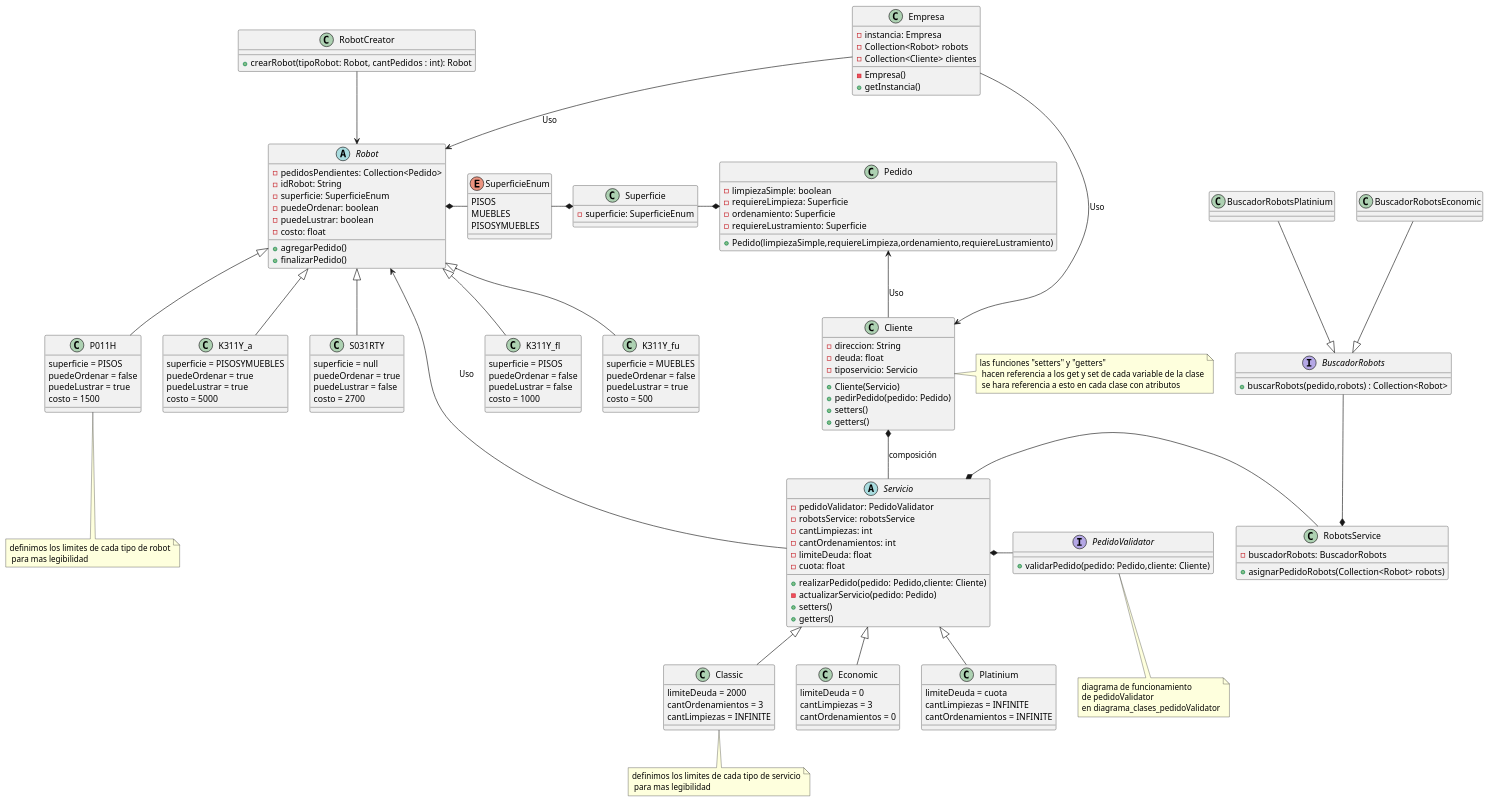
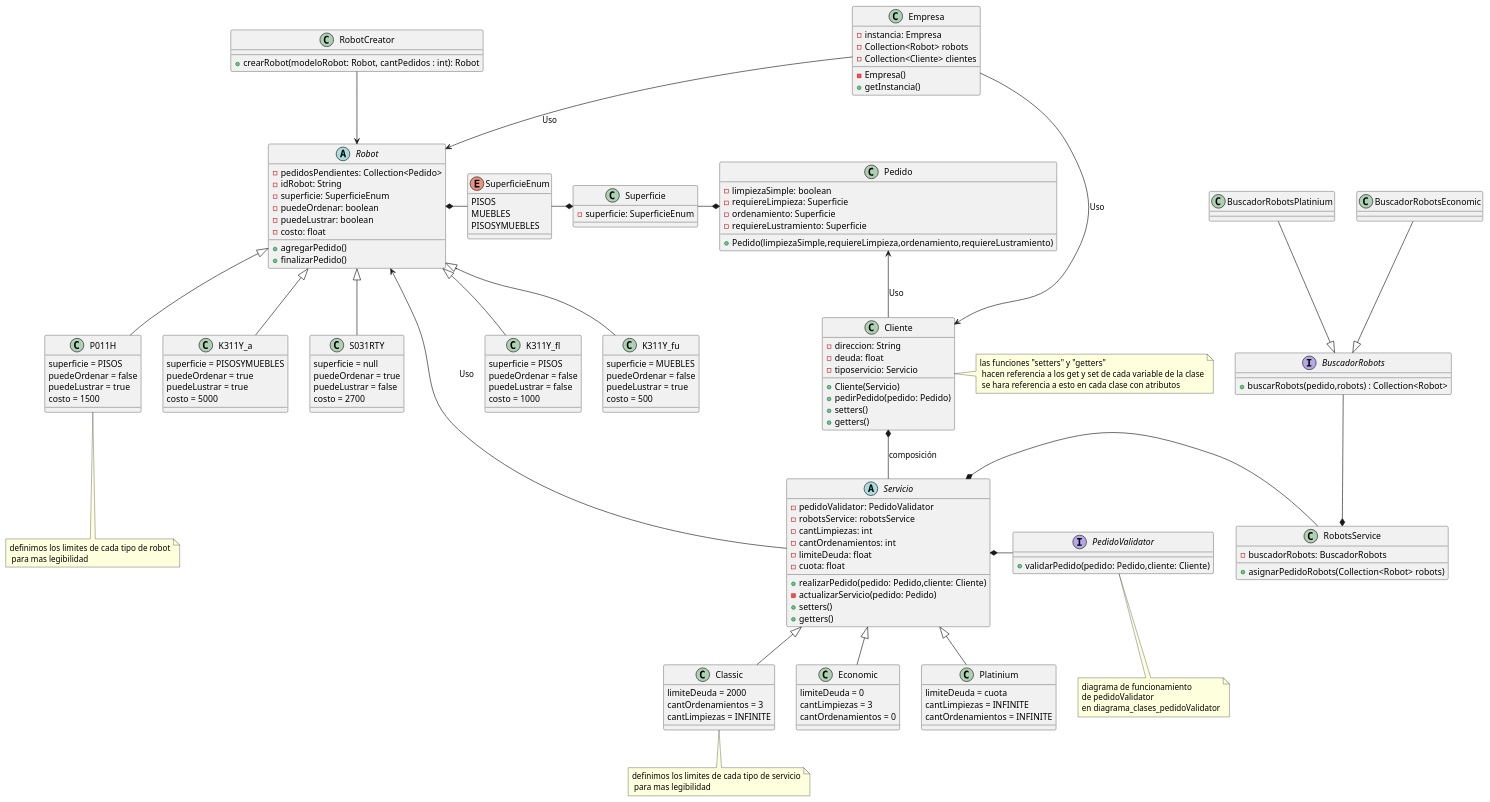
Before and after one commit to bacarvalho/TrabajoPractico: the diagram in src/main/java/com/grupo4/trabajo/Diagramas/diagrama_clases.puml, drawn with PlantUML. The commit also changed 2 other files, not shown here.

Commit message:
cambio de nombre en parametro de RobotCreator

```diff
--- a/src/main/java/com/grupo4/trabajo/Diagramas/diagrama_clases.puml
+++ b/src/main/java/com/grupo4/trabajo/Diagramas/diagrama_clases.puml
@@ -1,182 +1,182 @@
 @startuml
 'https://plantuml.com/class-diagram
 
 
 class Cliente{
 -direccion: String
 -deuda: float
 -tiposervicio: Servicio
 
 +Cliente(Servicio)
 +pedirPedido(pedido: Pedido)
 +setters()
 +getters()
 }
 
 class Empresa{
 -instancia: Empresa
 -Collection<Robot> robots
 -Collection<Cliente> clientes
 
 -Empresa()
 +getInstancia()
 }
 
 
 abstract class Servicio{
 - pedidoValidator: PedidoValidator
 - robotsService: robotsService
 - cantLimpiezas: int
 - cantOrdenamientos: int
 - limiteDeuda: float
 -cuota: float
 
 +realizarPedido(pedido: Pedido,cliente: Cliente)
 -actualizarServicio(pedido: Pedido)
 +setters()
 +getters()
 }
 
 abstract class Robot{
 - pedidosPendientes: Collection<Pedido>
 - idRobot: String
 - superficie: SuperficieEnum
 - puedeOrdenar: boolean
 - puedeLustrar: boolean
 - costo: float
 
 +agregarPedido()
 +finalizarPedido()
 }
 
 class K311Y_fl{
  superficie = PISOS
  puedeOrdenar = false
  puedeLustrar = false
  costo = 1000
 }
 class K311Y_fu{
 superficie = MUEBLES
  puedeOrdenar = false
  puedeLustrar = true
  costo = 500
 }
 class P011H{
 superficie = PISOS
  puedeOrdenar = false
  puedeLustrar = true
  costo = 1500
 }
 class K311Y_a{
  superficie = PISOSYMUEBLES
  puedeOrdenar = true
  puedeLustrar = true
  costo = 5000
 }
 class S031RTY{
 superficie = null
  puedeOrdenar = true
  puedeLustrar = false
  costo = 2700
 }
 
 class Platinium{
 limiteDeuda = cuota
 cantLimpiezas = INFINITE
 cantOrdenamientos = INFINITE
 }
 class Classic{
 limiteDeuda = 2000
 cantOrdenamientos = 3
 cantLimpiezas = INFINITE
 }
 
 class Economic{
 limiteDeuda = 0
 cantLimpiezas = 3
 cantOrdenamientos = 0
 }
 
 class RobotCreator{
-    +crearRobot(tipoRobot: Robot, cantPedidos : int): Robot
+    +crearRobot(modeloRobot: Robot, cantPedidos : int): Robot
 }
 
 
 class RobotsService{
     -buscadorRobots: BuscadorRobots
     +asignarPedidoRobots(Collection<Robot> robots)
 }
 
 interface BuscadorRobots{
 +buscarRobots(pedido,robots) : Collection<Robot>
 }
 
 class BuscadorRobotsEconomic{
 
 }
 
 class BuscadorRobotsPlatinium{
 }
 
 class Pedido{
 - limpiezaSimple: boolean
 - requiereLimpieza: Superficie
 - ordenamiento: Superficie
 - requiereLustramiento: Superficie
 
 +Pedido(limpiezaSimple,requiereLimpieza,ordenamiento,requiereLustramiento)
 }
 
 enum SuperficieEnum{
 PISOS
 MUEBLES
 PISOSYMUEBLES
 }
 
 class Superficie{
 - superficie: SuperficieEnum
 }
 
 Robot <|-- K311Y_fl
 Robot <|-- K311Y_fu
 Robot <|-- P011H
 Robot <|-- K311Y_a
 Robot <|-- S031RTY
 
 Servicio <|-- Platinium
 Servicio <|-- Classic
 Servicio <|-- Economic
 
 interface PedidoValidator{
 +validarPedido(pedido: Pedido,cliente: Cliente)
 }
 
 Robot <-- Servicio : Uso
 PedidoValidator -left-* Servicio
 RobotsService -left-* Servicio
 Pedido <--  Cliente : Uso
 
 RobotCreator --> Robot
 RobotsService *-up- BuscadorRobots
 BuscadorRobots <|-up- BuscadorRobotsEconomic
 BuscadorRobots <|-up- BuscadorRobotsPlatinium
 
 Cliente <-up- Empresa  : Uso
 
 Robot <-up-  Empresa : Uso
 
 Cliente *--  Servicio : composición
 
 Superficie *-left- SuperficieEnum
 Robot *-right- SuperficieEnum
 Pedido *-left- Superficie
 
 note bottom of Classic : definimos los limites de cada tipo de servicio\n para mas legibilidad
 note bottom of P011H : definimos los limites de cada tipo de robot\n para mas legibilidad
 note right of Cliente : las funciones "setters" y "getters" \n hacen referencia a los get y set de cada variable de la clase\n se hara referencia a esto en cada clase con atributos
 note bottom of PedidoValidator
 diagrama de funcionamiento
 de pedidoValidator
 en diagrama_clases_pedidoValidator
 end note
 @enduml
```
